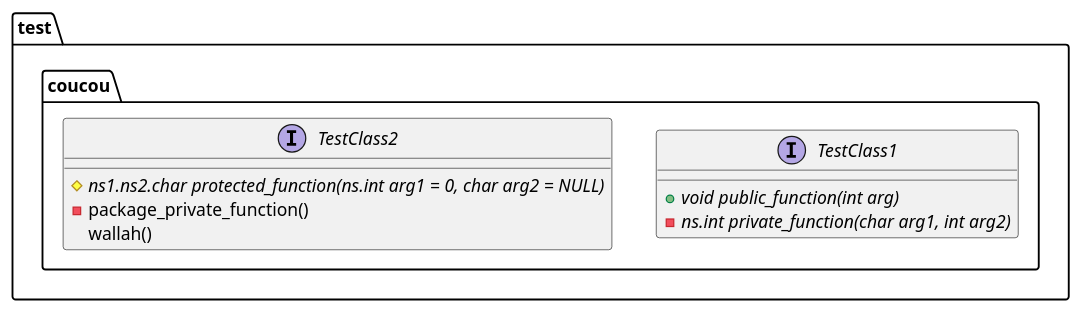
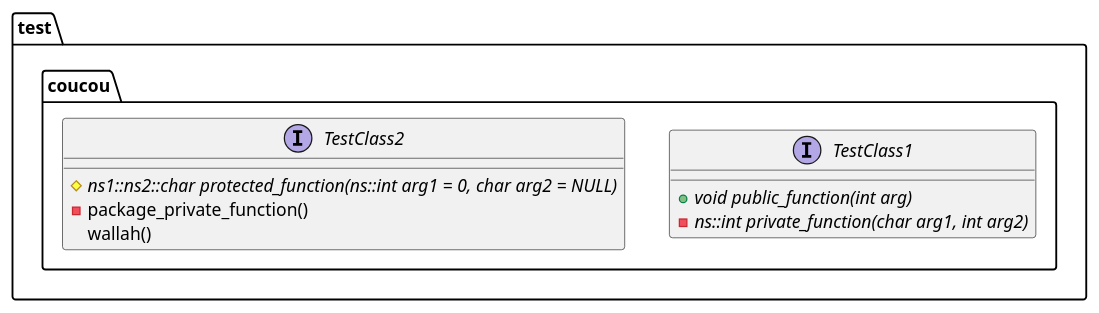
Before and after one commit to pngouembe/codegen: the diagram in test_dir/plantuml/diagrams/test_functions.plantuml, drawn with PlantUML. The commit also changed 2 other files, not shown here.

Commit message:
Plantuml parser namespace setting support

```diff
--- a/test_dir/plantuml/diagrams/test_functions.plantuml
+++ b/test_dir/plantuml/diagrams/test_functions.plantuml
@@ -1,18 +1,18 @@
 @startuml
 
-' set namespaceSeparator ::
+set namespaceSeparator ::
 
-namespace test.coucou{
+namespace test::coucou{
 
 Interface TestClass1{
     + {abstract} void public_function(int arg)
-    - {abstract} ns.int private_function(char arg1, int arg2)
+    - {abstract} ns::int private_function(char arg1, int arg2)
 }
 
 interface TestClass2{
-    # {abstract} ns1.ns2.char protected_function(ns.int arg1 = 0, char arg2 = NULL)
+    # {abstract} ns1::ns2::char protected_function(ns::int arg1 = 0, char arg2 = NULL)
     - package_private_function()
     wallah()
 }
 }
 @enduml
```
